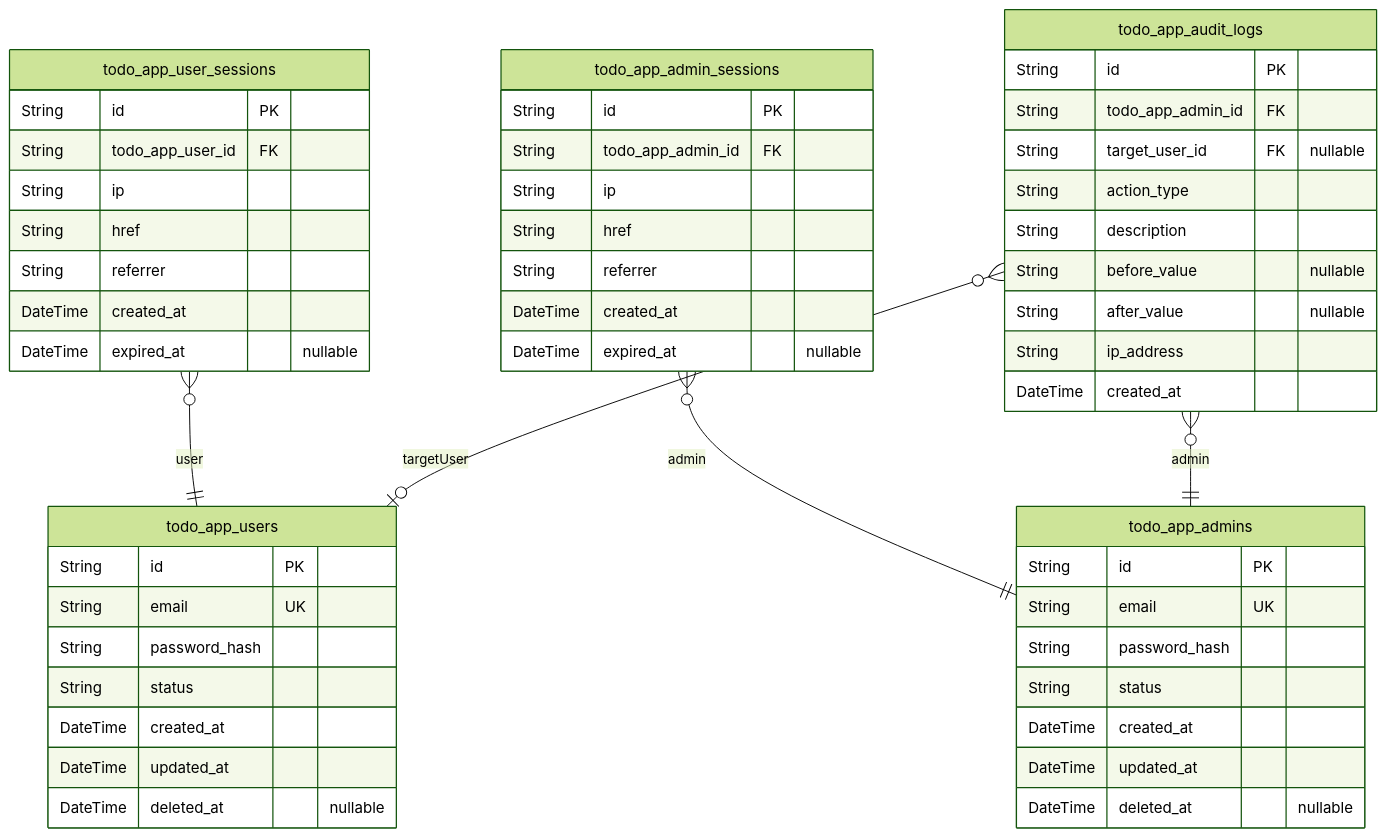
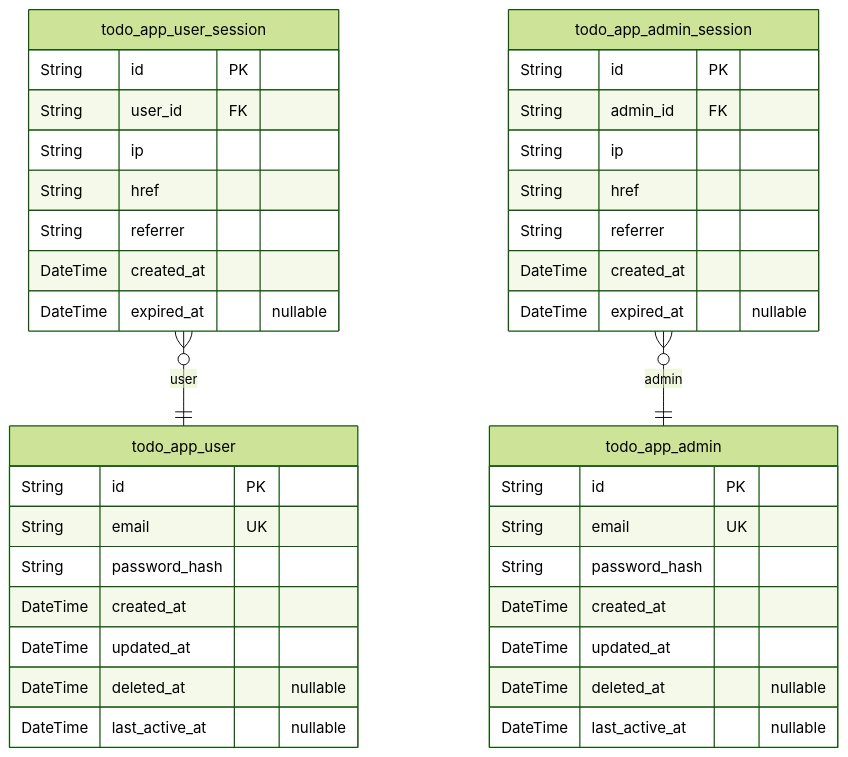
Before and after one commit to wrtnlabs/autobe-examples: the second of 4 diagrams in anthropic/claude-haiku-4.5/todo/docs/ERD.md, drawn with Mermaid (forest theme). The commit also changed other lines of this file and 22498 other files, not shown here.

````diff
--- a/anthropic/claude-haiku-4.5/todo/docs/ERD.md
+++ b/anthropic/claude-haiku-4.5/todo/docs/ERD.md
@@ -10,54 +105,41 @@
 ```mermaid
 erDiagram
-"todo_app_users" {
+"todo_app_user" {
   String id PK
   String email UK
   String password_hash
-  String status
   DateTime created_at
   DateTime updated_at
   DateTime deleted_at "nullable"
+  DateTime last_active_at "nullable"
 }
-"todo_app_user_sessions" {
+"todo_app_user_session" {
   String id PK
-  String todo_app_user_id FK
+  String user_id FK
   String ip
   String href
   String referrer
   DateTime created_at
   DateTime expired_at "nullable"
 }
-"todo_app_admins" {
+"todo_app_admin" {
   String id PK
   String email UK
   String password_hash
-  String status
   DateTime created_at
   DateTime updated_at
   DateTime deleted_at "nullable"
+  DateTime last_active_at "nullable"
 }
-"todo_app_admin_sessions" {
+"todo_app_admin_session" {
   String id PK
-  String todo_app_admin_id FK
+  String admin_id FK
   String ip
   String href
   String referrer
   DateTime created_at
   DateTime expired_at "nullable"
 }
-"todo_app_audit_logs" {
-  String id PK
-  String todo_app_admin_id FK
-  String target_user_id FK "nullable"
-  String action_type
-  String description
-  String before_value "nullable"
-  String after_value "nullable"
-  String ip_address
-  DateTime created_at
-}
-"todo_app_user_sessions" }o--|| "todo_app_users" : user
-"todo_app_admin_sessions" }o--|| "todo_app_admins" : admin
-"todo_app_audit_logs" }o--|| "todo_app_admins" : admin
-"todo_app_audit_logs" }o--o| "todo_app_users" : targetUser
+"todo_app_user_session" }o--|| "todo_app_user" : user
+"todo_app_admin_session" }o--|| "todo_app_admin" : admin
 ```
````
